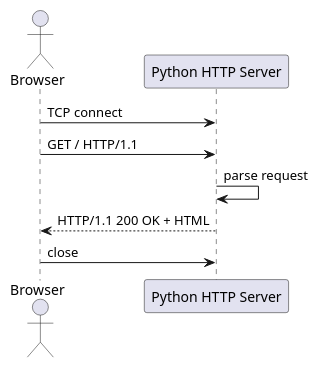
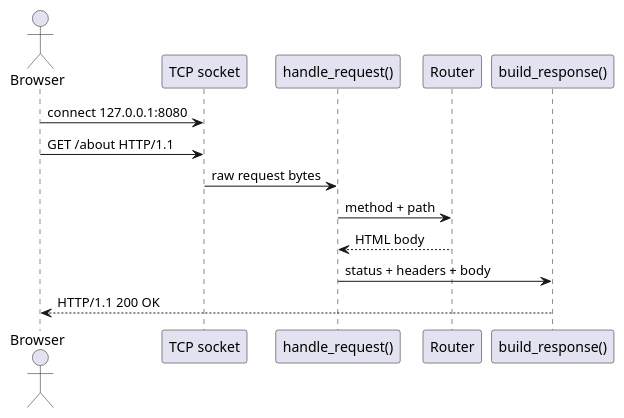
Before and after one commit to N0bodyVGA/Practice: the second of 2 diagrams in docs/variable_http_server_guide.md, drawn with PlantUML. The commit also changed other lines of this file and 4 other files, not shown here.

````diff
--- a/docs/variable_http_server_guide.md
+++ b/docs/variable_http_server_guide.md
@@ -95,12 +263,17 @@
 ```plantuml
 @startuml
 actor Browser
-participant "Python HTTP Server" as S
+participant "TCP socket" as Socket
+participant "handle_request()" as Handler
+participant "Router" as Router
+participant "build_response()" as Response
 
-Browser -> S: TCP connect
-Browser -> S: GET / HTTP/1.1
-S -> S: parse request
-S --> Browser: HTTP/1.1 200 OK + HTML
-Browser -> S: close
+Browser -> Socket: connect 127.0.0.1:8080
+Browser -> Socket: GET /about HTTP/1.1
+Socket -> Handler: raw request bytes
+Handler -> Router: method + path
+Router --> Handler: HTML body
+Handler -> Response: status + headers + body
+Response --> Browser: HTTP/1.1 200 OK
 @enduml
 ```
````
